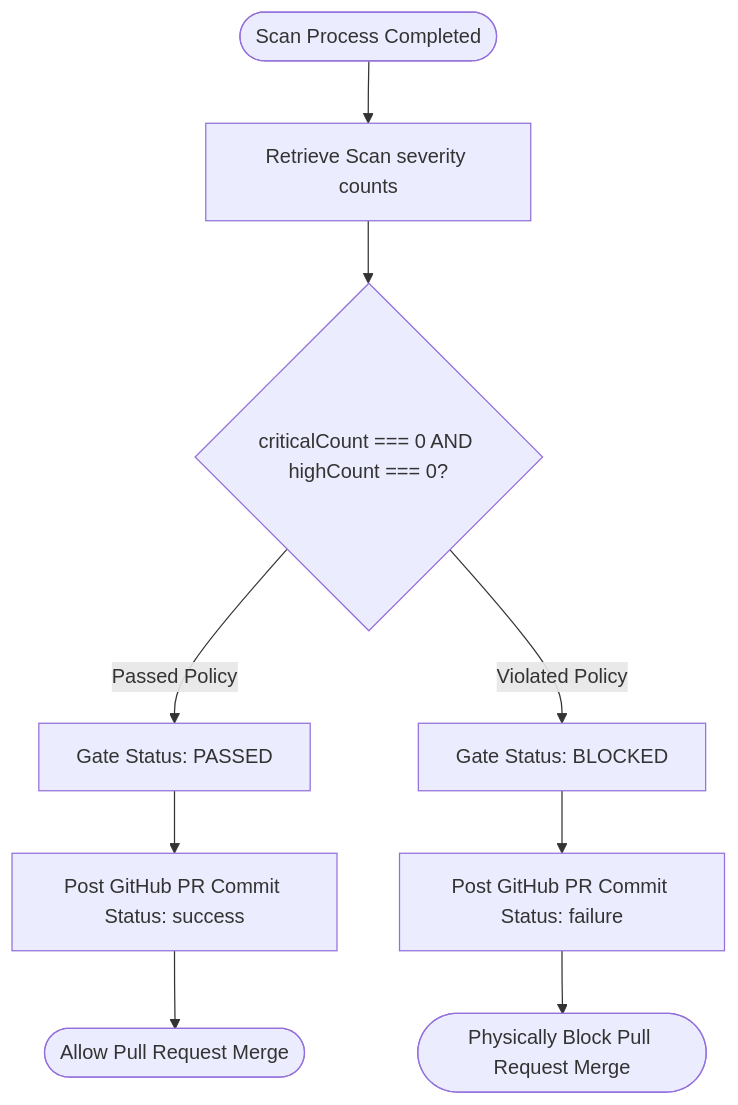
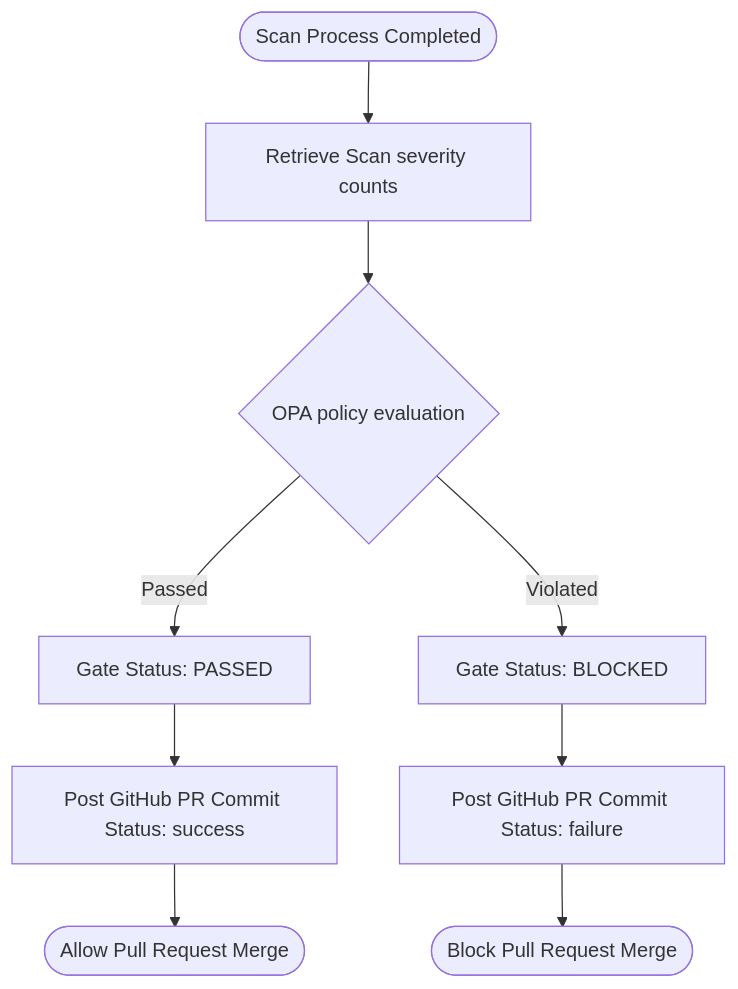
One commit to Manikantareddy941-hash/Scorpion changed the fifth of 7 diagrams in README.md. Above: the diagram before and after it, drawn with Mermaid. The commit also changed other lines of this file, not shown here.

````diff
--- a/README.md
+++ b/README.md
@@ -146,14 +179,11 @@
 ```mermaid
 flowchart TD
     ScanEnd([Scan Process Completed]) --> PullScan[Retrieve Scan severity counts]
-    PullScan --> CheckRule{criticalCount === 0 AND highCount === 0?}
-    
-    CheckRule -- Passed Policy --> PassState[Gate Status: PASSED]
-    CheckRule -- Violated Policy --> FailState[Gate Status: BLOCKED]
-    
+    PullScan --> CheckRule{OPA policy evaluation}
+    CheckRule -- Passed --> PassState[Gate Status: PASSED]
+    CheckRule -- Violated --> FailState[Gate Status: BLOCKED]
     PassState --> PostPass[Post GitHub PR Commit Status: success]
     FailState --> PostFail[Post GitHub PR Commit Status: failure]
-    
     PostPass --> MergeOK([Allow Pull Request Merge])
-    PostFail --> MergeBlocked([Physically Block Pull Request Merge])
+    PostFail --> MergeBlocked([Block Pull Request Merge])
 ```
````
